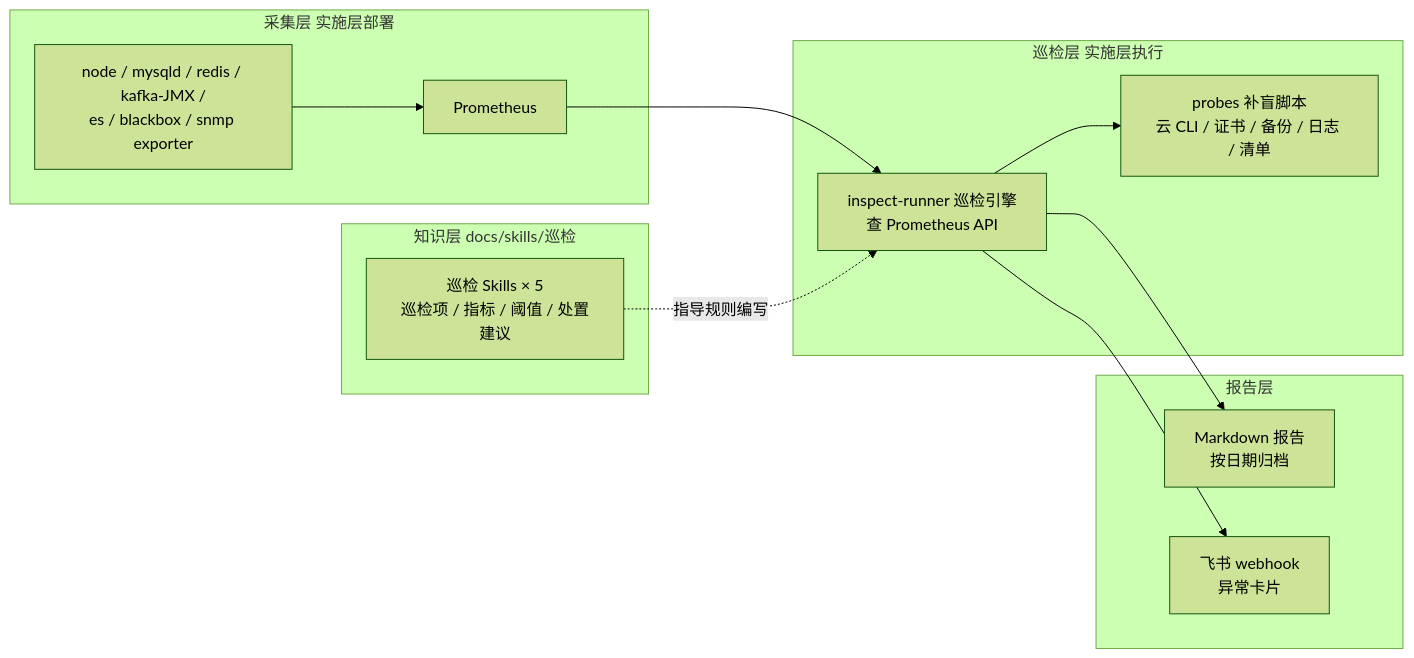
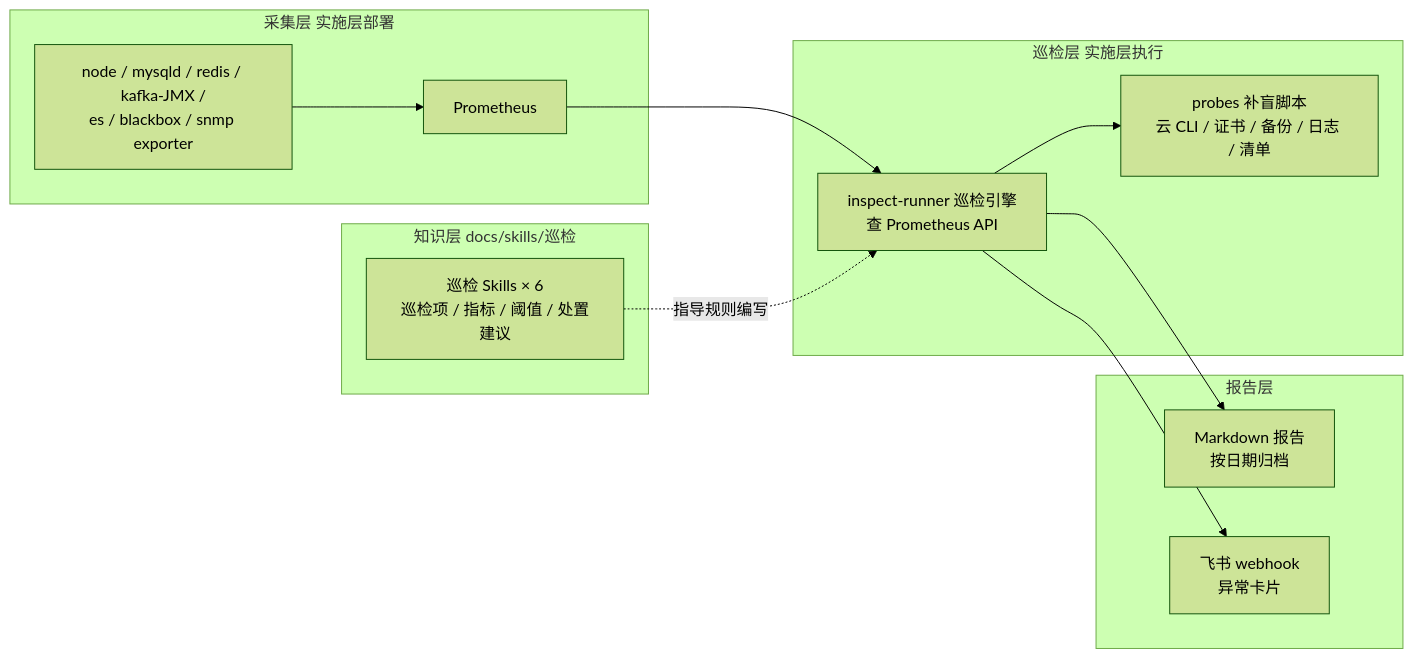
The diagram in docs/skills/巡检/README.md (passiolin/docs), drawn with Mermaid (forest theme) before and after one commit. The commit also changed other lines of this file and 5 other files, not shown here.

````diff
--- a/docs/skills/巡检/README.md
+++ b/docs/skills/巡检/README.md
@@ -18,24 +18,24 @@
 ```mermaid
 flowchart LR
     subgraph 知识层[知识层 docs/skills/巡检]
-        SK["巡检 Skills × 5<br/>巡检项 / 指标 / 阈值 / 处置建议"]
+        SK["巡检 Skills × 6<br/>巡检项 / 指标 / 阈值 / 处置建议"]
     end
     subgraph 采集层[采集层 实施层部署]
         P["Prometheus"]
         E["node / mysqld / redis / kafka-JMX /<br/>es / blackbox / snmp exporter"]
     end
     subgraph 巡检层[巡检层 实施层执行]
         R["inspect-runner 巡检引擎<br/>查 Prometheus API"]
         S["probes 补盲脚本<br/>云 CLI / 证书 / 备份 / 日志 / 清单"]
     end
     subgraph 报告层
         M["Markdown 报告<br/>按日期归档"]
         F["飞书 webhook<br/>异常卡片"]
     end
     E --> P
     P --> R
     SK -. 指导规则编写 .-> R
     R --> S
     R --> M
     R --> F
 ```
````
